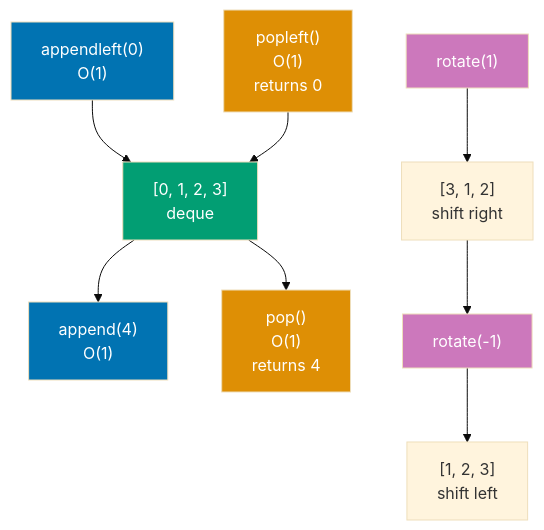
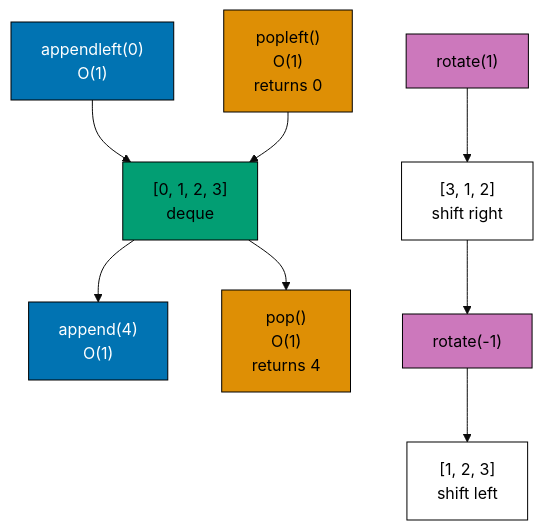
One commit to wahidyankf/ose-public changed the seventh of 10 diagrams in apps/ayokoding-www/content/en/learn/legacy/software-engineering/programming-languages/python/by-example/intermediate.md. Above: the diagram before and after it, drawn with Mermaid (base theme). The commit also changed other lines of this file and 112 other files, not shown here.

First line of the commit message:
fix(mermaid): bring the legacy programming-languages diagrams onto the accessible palette

````diff
--- a/apps/ayokoding-www/content/en/learn/legacy/software-engineering/programming-languages/python/by-example/intermediate.md
+++ b/apps/ayokoding-www/content/en/learn/legacy/software-engineering/programming-languages/python/by-example/intermediate.md
@@ -779,20 +814,27 @@
 ```mermaid
 %% Deque double-ended operations
 graph TD
+    accTitle: Example 43: Collections - deque
+    accDescr: Graph with 9 nodes and 7 connections. Nodes: appendleft40041 O40141, 910, 1, 2, 393 deque, append40441 O40141, popleft4041 O40141 returns 0, pop4041 O40141 returns 4, rotate40141, 913, 1, 293 shift right, rotate40-141, 911, 2, 393 shift left. Connections: appendleft40041 O40141 to 910, 1, 2, 393 deque, 910, 1, 2, 393 deque to append40441 O40141, popleft4041 O40141 returns 0 to 910, 1, 2, 393 deque, 910, 1, 2, 393 deque to pop4041 O40141 returns 4, rotate40141 to 913, 1, 293 shift right, 913, 1, 293 shift right to rotate40-141, rotate40-141 to 911, 2, 393 shift left.
     A["appendleft#40;0#41;<br/>O#40;1#41;"] --> B["#91;0, 1, 2, 3#93;<br/>deque"]
     B --> C["append#40;4#41;<br/>O#40;1#41;"]
 
     D["popleft#40;#41;<br/>O#40;1#41;<br/>returns 0"] --> B
     B --> E["pop#40;#41;<br/>O#40;1#41;<br/>returns 4"]
 
     F["rotate#40;1#41;"] --> G["#91;3, 1, 2#93;<br/>shift right"]
     G --> H["rotate#40;-1#41;"] --> I["#91;1, 2, 3#93;<br/>shift left"]
 
-    style A fill:#0173B2,color:#fff
-    style C fill:#0173B2,color:#fff
-    style B fill:#029E73,color:#fff
-    style D fill:#DE8F05,color:#fff
-    style E fill:#DE8F05,color:#fff
-    style F fill:#CC78BC,color:#fff
-    style H fill:#CC78BC,color:#fff
+    classDef pal-0173B2 fill:#0173B2,stroke:#000000,color:#FFFFFF
+    class A pal-0173B2
+    class C pal-0173B2
+    classDef pal-029E73 fill:#029E73,stroke:#000000,color:#000000
+    class B pal-029E73
+    classDef pal-DE8F05 fill:#DE8F05,stroke:#000000,color:#000000
+    class D pal-DE8F05
+    class E pal-DE8F05
+    classDef pal-CC78BC fill:#CC78BC,stroke:#000000,color:#000000
+    class F pal-CC78BC
+    class H pal-CC78BC
+    classDef default fill:#FFFFFF,stroke:#000000,color:#000000
 ```
````
